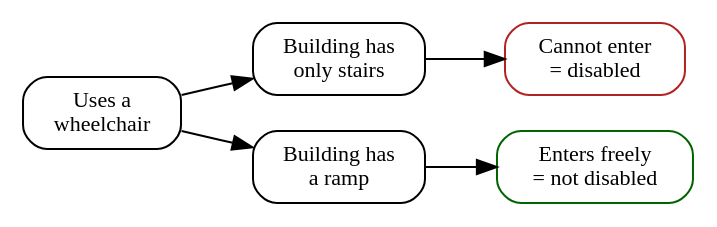
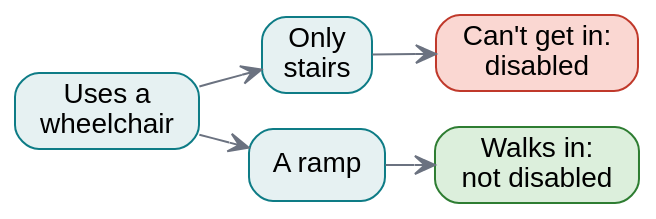
One commit to brendanpshea/bioethics changed the diagram in chapters/11b-disability-identity.qmd. Above: the diagram before and after it, drawn with Graphviz. The commit also changed other lines of this file and 26 other files, not shown here.

````diff
--- a/chapters/11b-disability-identity.qmd
+++ b/chapters/11b-disability-identity.qmd
@@ -92,14 +101,17 @@
 ```{dot}
-//| fig-height: 2.6
+//| fig-width: 5.4
+//| fig-height: 2.0
 digraph G {
   rankdir=LR;
-  node [shape=box, style=rounded, fontsize=11];
+  graph [bgcolor="transparent", nodesep=0.25, ranksep=0.35];
+  node [shape=box, style="rounded,filled", fontname="Helvetica", fontsize=14, fillcolor="#e6f1f2", color="#0e7c86"];
+  edge [arrowhead=vee, color="#6b7280"];
   body [label="Uses a\nwheelchair"];
-  stairs [label="Building has\nonly stairs"];
-  ramp [label="Building has\na ramp"];
-  out1 [label="Cannot enter\n= disabled", color="firebrick"];
-  out2 [label="Enters freely\n= not disabled", color="darkgreen"];
+  stairs [label="Only\nstairs"];
+  ramp [label="A ramp"];
+  out1 [label="Can't get in:\ndisabled", fillcolor="#fad7d2", color="#c0392b"];
+  out2 [label="Walks in:\nnot disabled", fillcolor="#dcefdc", color="#2e7d32"];
   body -> stairs -> out1;
   body -> ramp -> out2;
 }
 ```
````
